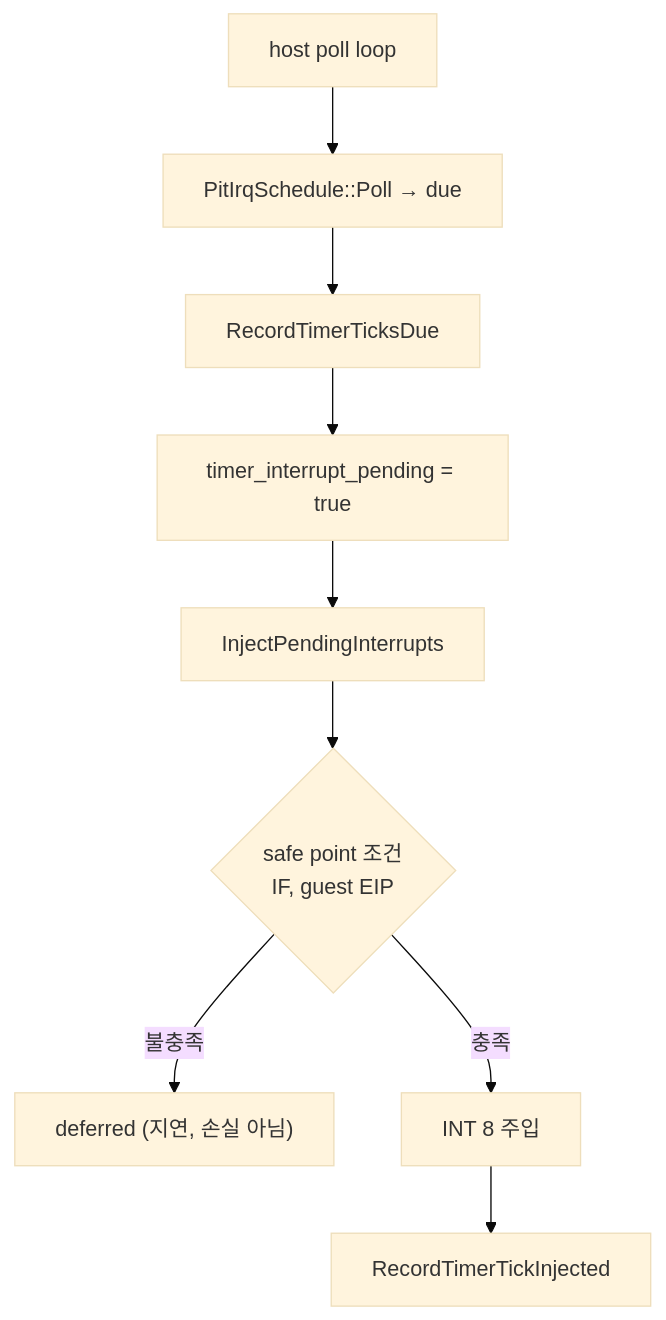
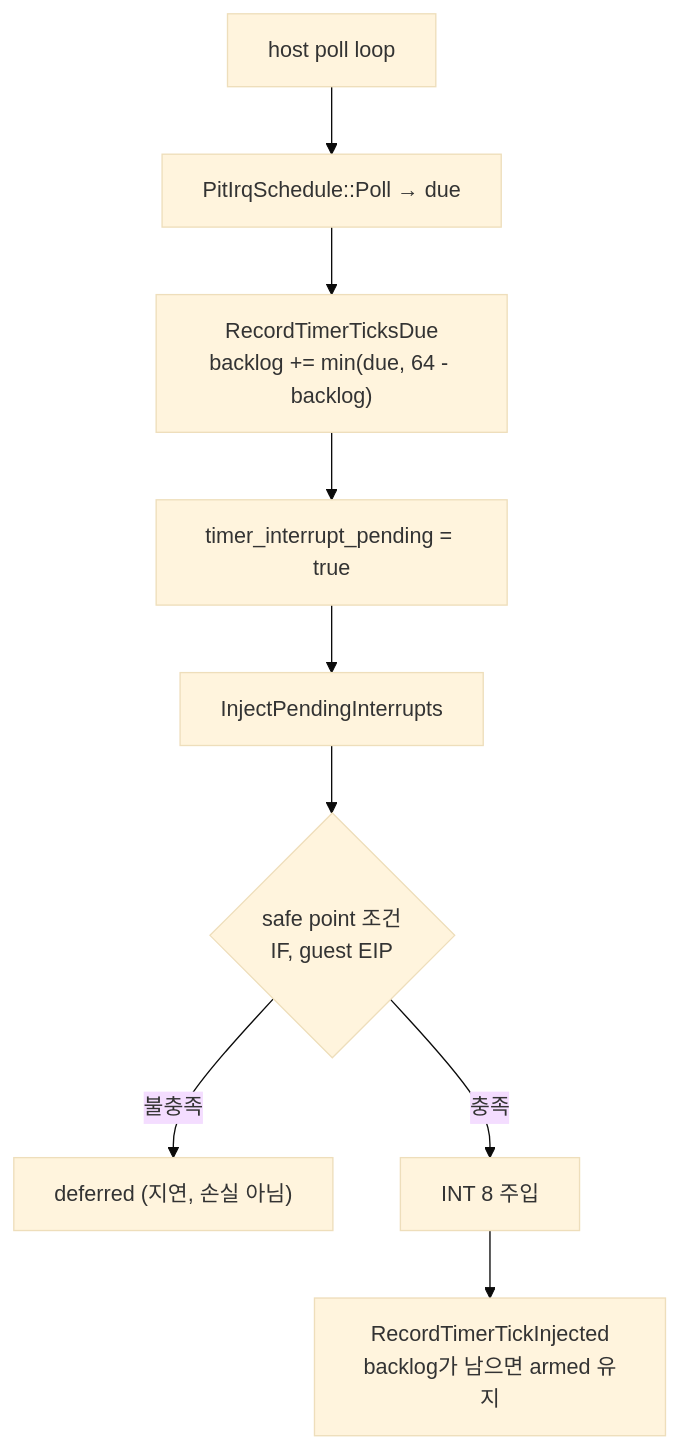
Diagram 31 of 36 in ARCHITECTURE.md (nworkers/rePIU), drawn with Mermaid (base theme) before and after one commit. The commit also changed other lines of this file and 27 other files, not shown here.

````diff
--- a/ARCHITECTURE.md
+++ b/ARCHITECTURE.md
@@ -3299,11 +3299,11 @@
 ```mermaid
 flowchart TD
     P["host poll loop"] --> S["PitIrqSchedule::Poll → due"]
-    S --> R["RecordTimerTicksDue"]
+    S --> R["RecordTimerTicksDue<br/>backlog += min(due, 64 - backlog)"]
     R --> B["timer_interrupt_pending = true"]
     B --> I["InjectPendingInterrupts"]
     I --> C{"safe point 조건<br/>IF, guest EIP"}
     C -->|"불충족"| DF["deferred (지연, 손실 아님)"]
     C -->|"충족"| J["INT 8 주입"]
-    J --> K["RecordTimerTickInjected"]
+    J --> K["RecordTimerTickInjected<br/>backlog가 남으면 armed 유지"]
 ```
````
